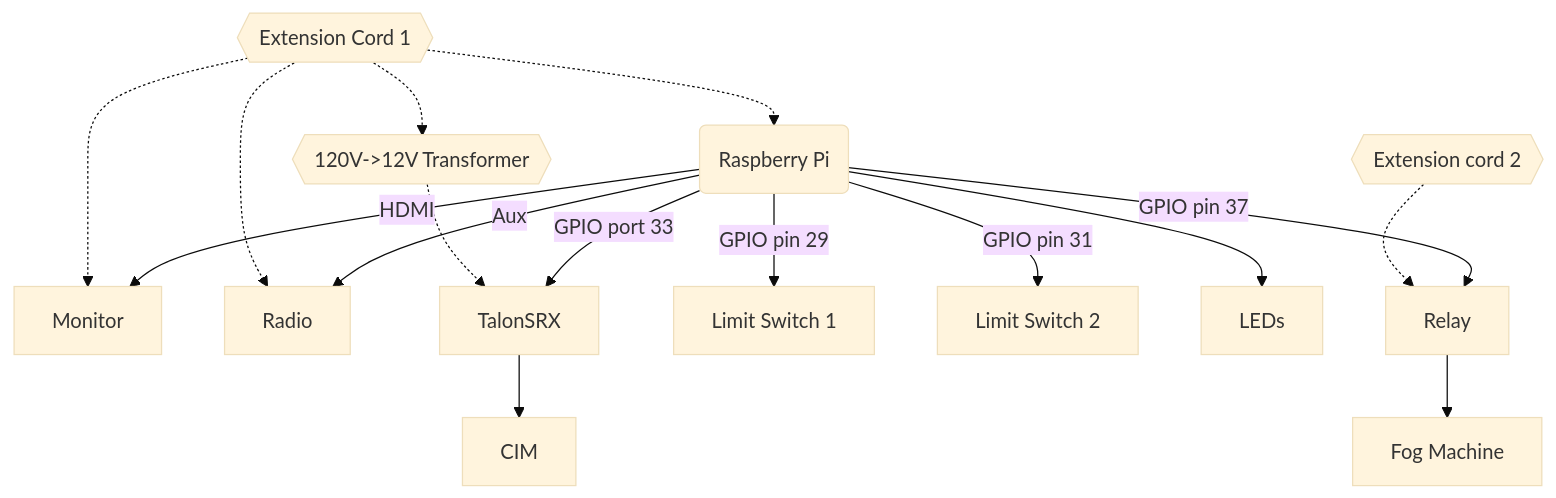
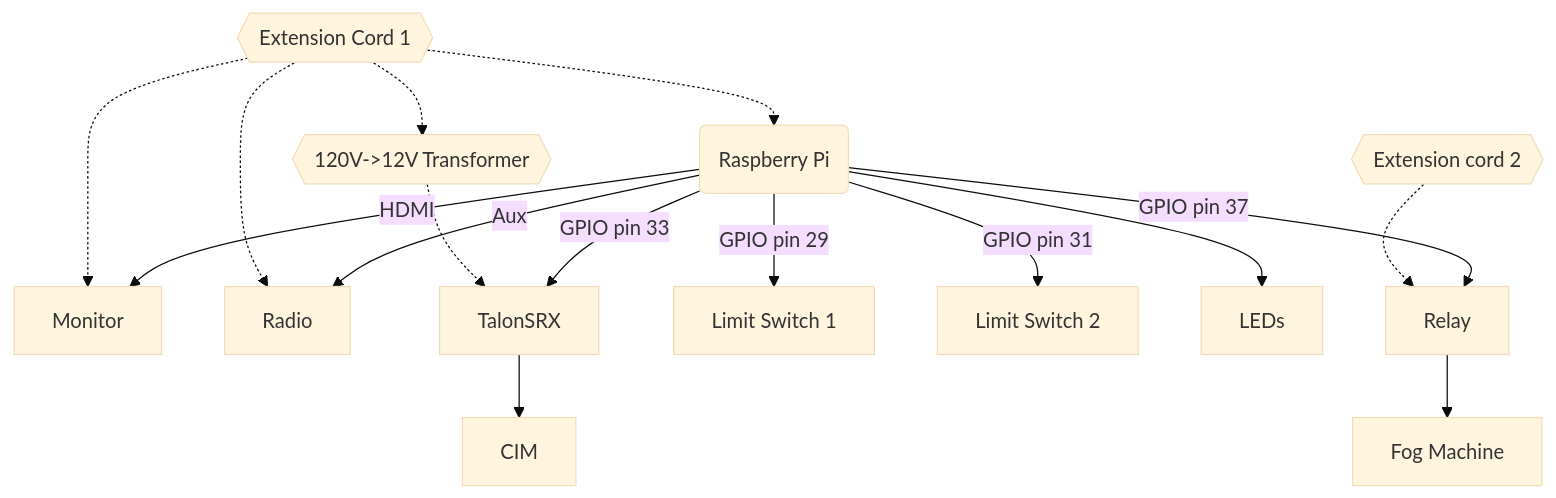
Before and after one commit to ky28059/floats-2022: the diagram in README.md, drawn with Mermaid (base theme). The commit also changed other lines of this file, not shown here.

````diff
--- a/README.md
+++ b/README.md
@@ -6,18 +6,18 @@
 ```mermaid
 graph TD;
     Pi(Raspberry Pi)-->|HDMI|Monitor;
     Pi-->|Aux|Radio;
-    Pi-->|GPIO port 33|TalonSRX;
+    Pi-->|GPIO pin 33|TalonSRX;
     TalonSRX-->CIM;
     T{{120V->12V Transformer}}-.->TalonSRX;
     E1{{Extension Cord 1}}-.->T;
     Pi-->|GPIO pin 29|L1[Limit Switch 1];
     Pi-->|GPIO pin 31|L2[Limit Switch 2];
     Pi-->LEDs;
     Pi-->|GPIO pin 37|Relay;
     Relay-->F[Fog Machine];
     E2{{Extension cord 2}}-.->Relay;
     E1-.->Pi;
     E1-.->Monitor;
     E1-.->Radio;
 ```
````
